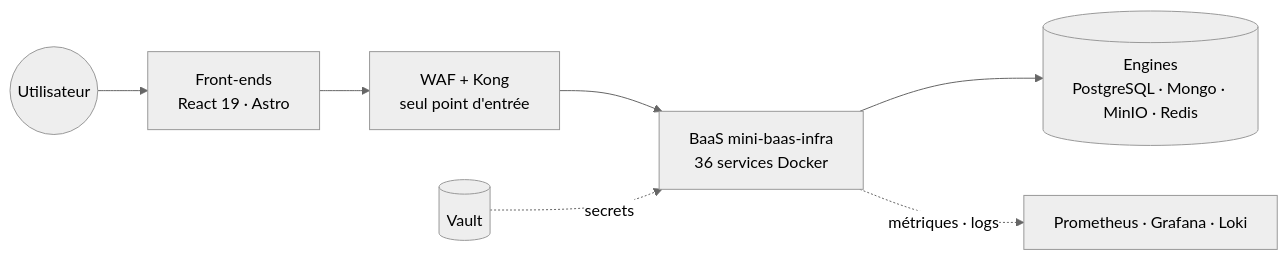
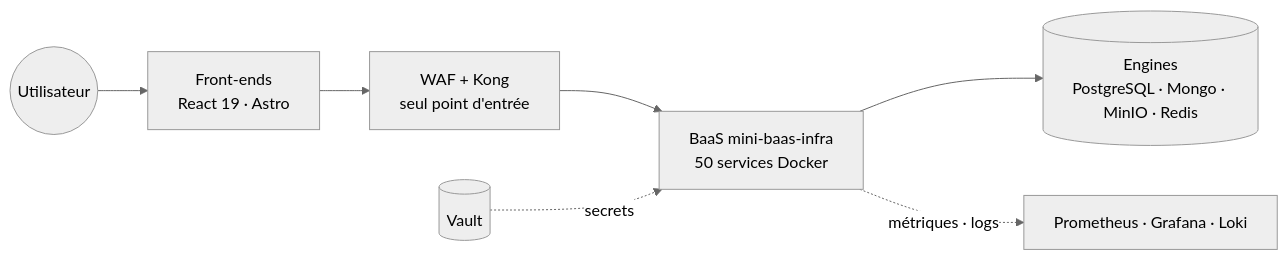
The first of 12 diagrams in wiki/README.md (Univers42/groot), drawn with Mermaid (neutral theme) before and after one commit. The commit also changed other lines of this file, not shown here.

First line of the commit message:
docs(dossier): audit-corrected service counts/plane reality + perf-tricks & BaaS-as-product sections

````diff
--- a/wiki/README.md
+++ b/wiki/README.md
@@ -126,9 +126,9 @@
 ```mermaid
 flowchart LR
     USER(("Utilisateur")) --> FRONT["Front-ends<br/>React 19 · Astro"]
     FRONT --> EDGE["WAF + Kong<br/>seul point d'entrée"]
-    EDGE --> BAAS["BaaS mini-baas-infra<br/>36 services Docker"]
+    EDGE --> BAAS["BaaS mini-baas-infra<br/>50 services Docker"]
     BAAS --> ENGINES[("Engines<br/>PostgreSQL · Mongo · MinIO · Redis")]
     VAULT[("Vault")] -.->|secrets| BAAS
     BAAS -.->|métriques · logs| OBS["Prometheus · Grafana · Loki"]
 ```
````
